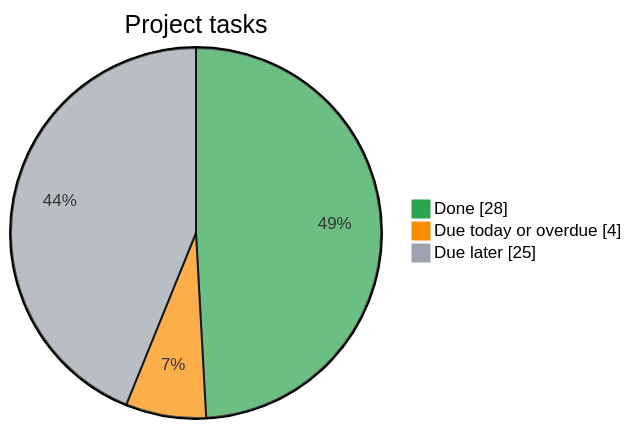
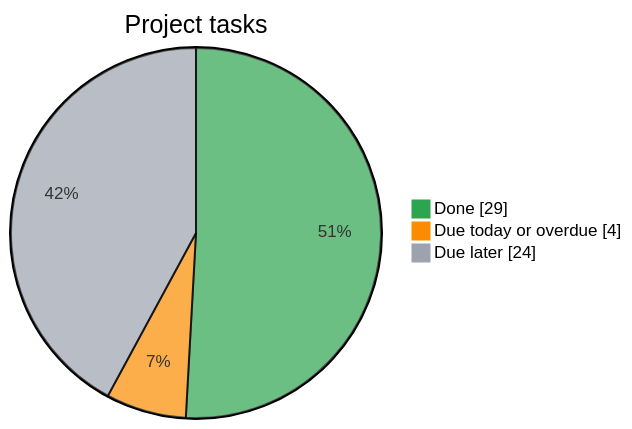
Before and after one commit to Kr1sKros/IKT466-Corporate-Bankruptcy-Predictor: the diagram in README.md, drawn with Mermaid. The commit also changed other lines of this file, not shown here.

Commit message:
docs: refresh task dashboard

````diff
--- a/README.md
+++ b/README.md
@@ -8,8 +8,8 @@
 ```mermaid
 %%{init: {"themeVariables": {"pie1": "#2da44e", "pie2": "#fb8c00", "pie3": "#9ca3af"}}}%%
 pie showData
     title Project tasks
-    "Done" : 28
+    "Done" : 29
     "Due today or overdue" : 4
-    "Due later" : 25
+    "Due later" : 24
 ```
````
